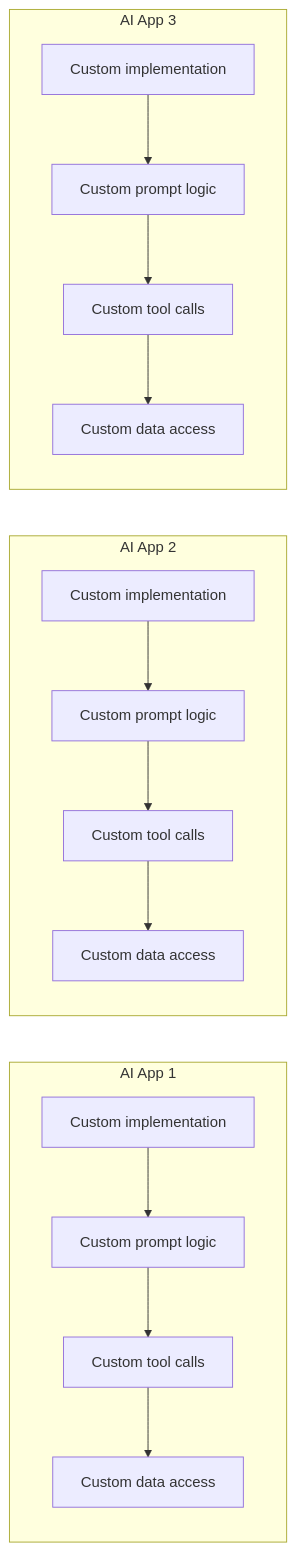
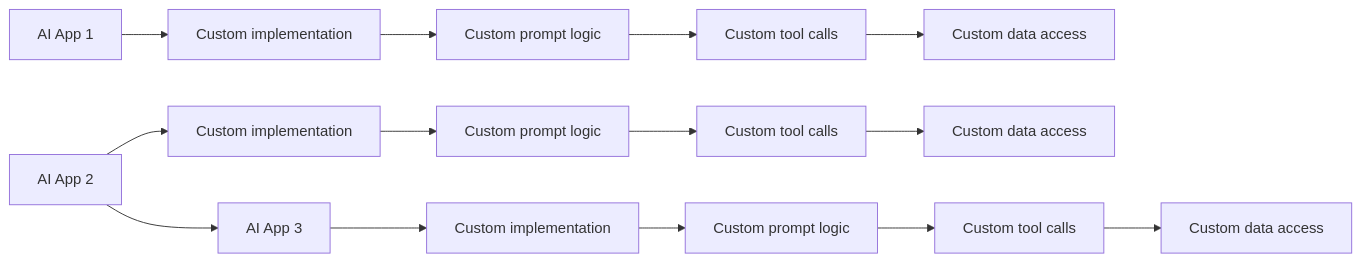
The diagram in lessons/1_why_mcp.md (davila7/deeplearning-mcp), drawn with Mermaid before and after one commit.

Commit message:
add lesson 1: why mcp

````diff
--- a/lessons/1_why_mcp.md
+++ b/lessons/1_why_mcp.md
@@ -20,14 +20,14 @@
 ```mermaid
 graph LR
-    subgraph AI App 1
-        A1[Custom implementation] --> B1[Custom prompt logic] --> C1[Custom tool calls] --> D1[Custom data access]
-    end
+    %% AI App 1
+    App1[AI App 1] --> A1[Custom implementation] --> B1[Custom prompt logic] --> C1[Custom tool calls] --> D1[Custom data access]
 
-    subgraph AI App 2
-        A2[Custom implementation] --> B2[Custom prompt logic] --> C2[Custom tool calls] --> D2[Custom data access]
-    end
+    %% AI App 2
+    App2[AI App 2] --> A2[Custom implementation] --> B2[Custom prompt logic] --> C2[Custom tool calls] --> D2[Custom data access]
 
-    subgraph AI App 3
-        A3[Custom implementation] --> B3[Custom prompt logic] --> C3[Custom tool calls] --> D3[Custom data access]
-    end
+    %% AI App 3
+    App3[AI App 3] --> A3[Custom implementation] --> B3[Custom prompt logic] --> C3[Custom tool calls] --> D3[Custom data access]
+
+    %% For spacing and alignment
+    App2 -->| | App3
 ```
````
